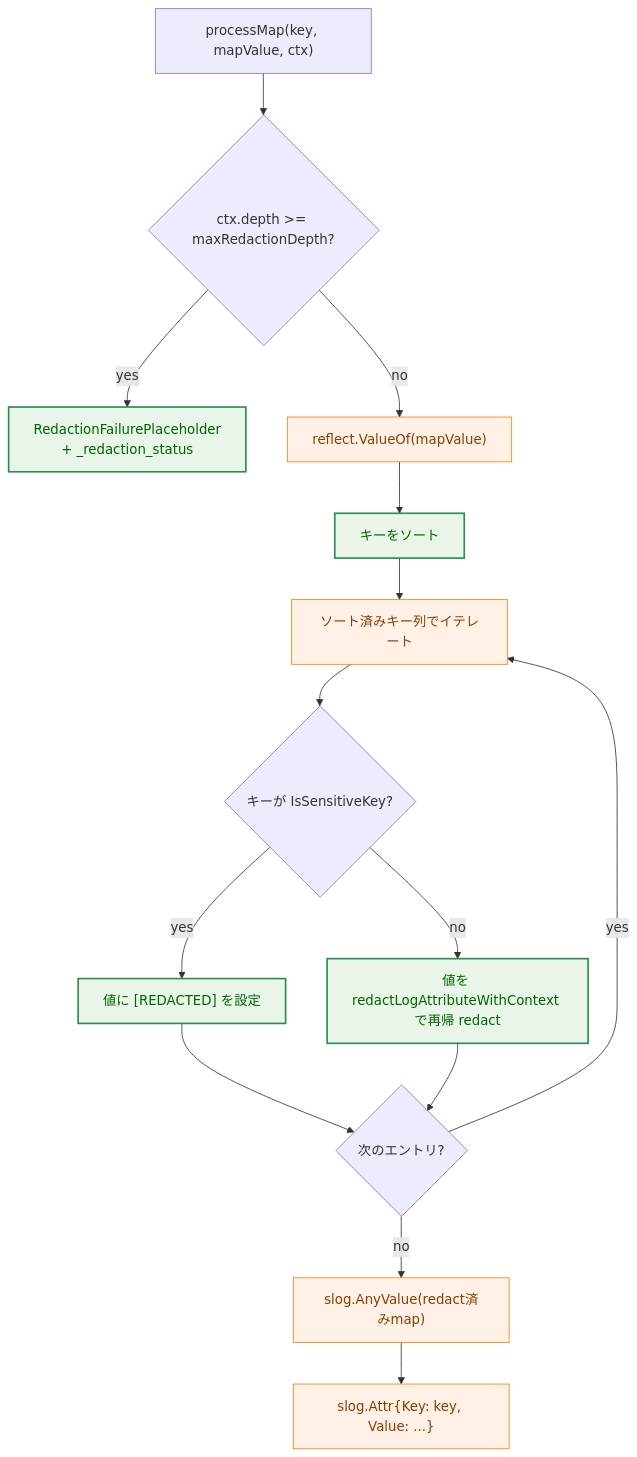
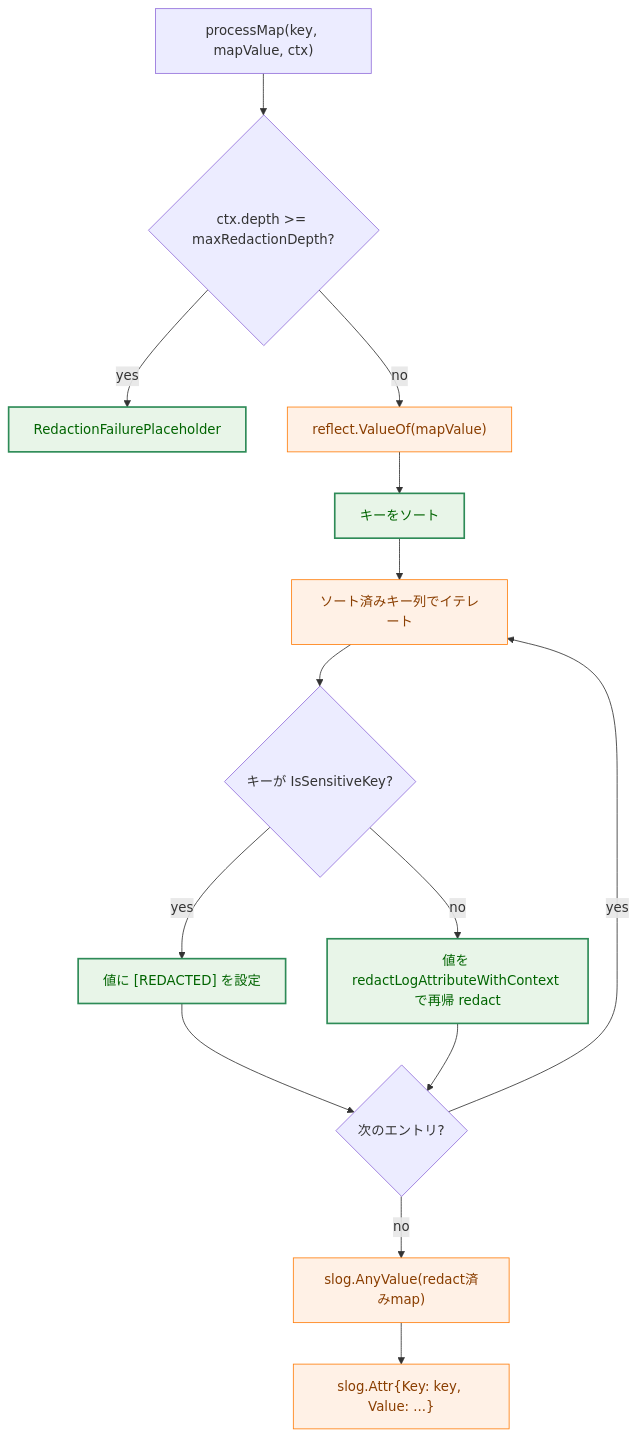
Before and after one commit to isseis/go-safe-cmd-runner: the ninth of 10 diagrams in docs/tasks/0154_redaction_boundary_unification/02_architecture.md, drawn with Mermaid. The commit also changed other lines of this file, not shown here.

````diff
--- a/docs/tasks/0154_redaction_boundary_unification/02_architecture.md
+++ b/docs/tasks/0154_redaction_boundary_unification/02_architecture.md
@@ -479,22 +477,22 @@
 ```mermaid
 flowchart TD
     classDef enhanced fill:#e8f5e8,stroke:#2e8b57,stroke-width:2px,color:#006400;
     classDef process fill:#fff1e6,stroke:#ff7f0e,stroke-width:1px,color:#8a3e00;
 
     START["processMap(key, mapValue, ctx)"] --> DEPTH{"ctx.depth >= maxRedactionDepth?"}
-    DEPTH -->|"yes"| FB1["RedactionFailurePlaceholder<br>+ _redaction_status"]
+    DEPTH -->|"yes"| FB1["RedactionFailurePlaceholder"]
     DEPTH -->|"no"| REFLECT["reflect.ValueOf(mapValue)"]
     REFLECT --> SORT["キーをソート"]
     SORT --> ITER["ソート済みキー列でイテレート"]
     ITER --> K_REDACT{"キーが IsSensitiveKey?"}
     K_REDACT -->|"yes"| K_MASK["値に [REDACTED] を設定"]
     K_REDACT -->|"no"| V_REDACT["値を redactLogAttributeWithContext で再帰 redact"]
     K_MASK --> NEXT{"次のエントリ?"}
     V_REDACT --> NEXT
     NEXT -->|"yes"| ITER
     NEXT -->|"no"| RESULT["slog.AnyValue(redact済みmap)"]
     RESULT --> RET["slog.Attr{Key: key, Value: ...}"]
 
     class FB1,K_MASK,V_REDACT,SORT enhanced
     class REFLECT,ITER,RESULT,RET process
 ```
````
